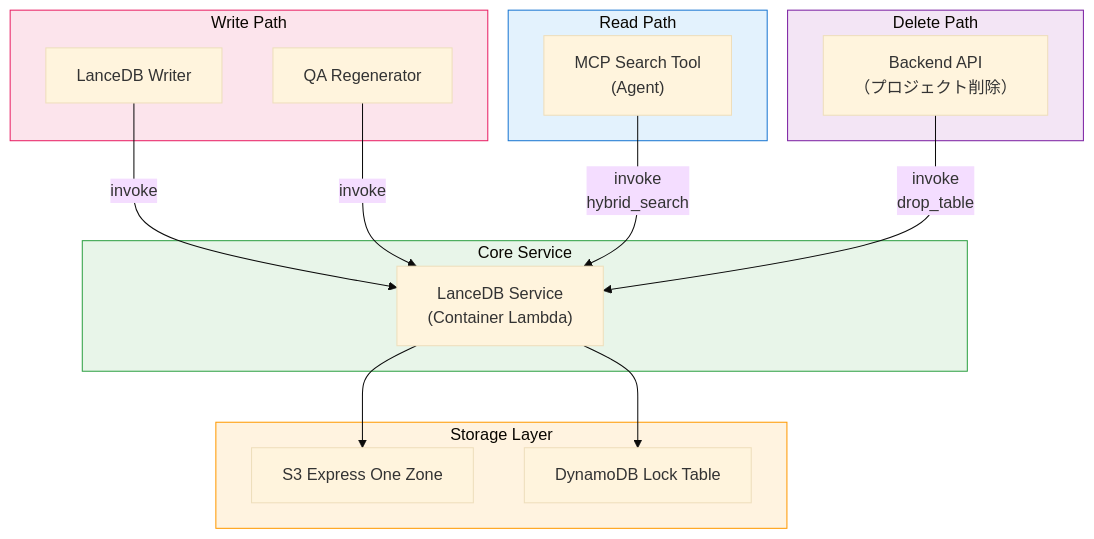
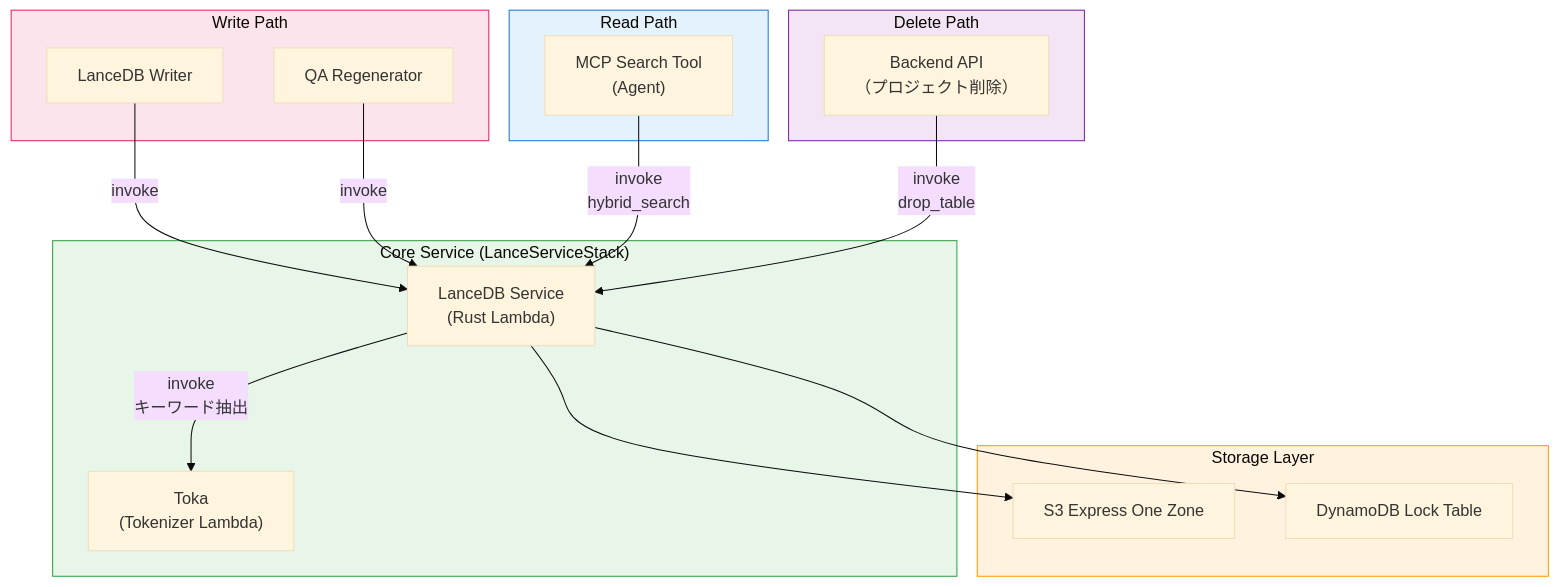
The diagram in docs/src/content/docs/ja/vectordb.md (rajaelime/sample-aws-idp-pipeline), drawn with Mermaid (base theme) before and after one commit. The commit also changed other lines of this file and 32 other files, not shown here.

Commit message:
Update docs for OCR, graph, vectordb, and features

````diff
--- a/docs/src/content/docs/ja/vectordb.md
+++ b/docs/src/content/docs/ja/vectordb.md
@@ -271,37 +328,39 @@
 ```mermaid
 graph TB
     subgraph Write["Write Path"]
         Writer["LanceDB Writer"]
         QA["QA Regenerator"]
     end
 
     subgraph Read["Read Path"]
         MCP["MCP Search Tool<br/>(Agent)"]
     end
 
     subgraph Delete["Delete Path"]
         Backend["Backend API<br/>（プロジェクト削除）"]
     end
 
-    subgraph Core["Core Service"]
-        Service["LanceDB Service<br/>(Container Lambda)"]
+    subgraph Core["Core Service (LanceServiceStack)"]
+        Service["LanceDB Service<br/>(Rust Lambda)"]
+        Toka["Toka<br/>(Tokenizer Lambda)"]
     end
 
     subgraph Storage["Storage Layer"]
         S3["S3 Express One Zone"]
         DDB["DynamoDB Lock Table"]
     end
 
     Writer -->|invoke| Service
     QA -->|invoke| Service
     MCP -->|invoke<br/>hybrid_search| Service
     Backend -->|invoke<br/>drop_table| Service
 
+    Service -->|invoke<br/>キーワード抽出| Toka
     Service --> S3 & DDB
 
     style Storage fill:#fff3e0,stroke:#ff9900
     style Core fill:#e8f5e9,stroke:#2ea043
     style Write fill:#fce4ec,stroke:#e91e63
     style Read fill:#e3f2fd,stroke:#1976d2
     style Delete fill:#f3e5f5,stroke:#7b1fa2
 ```
````
